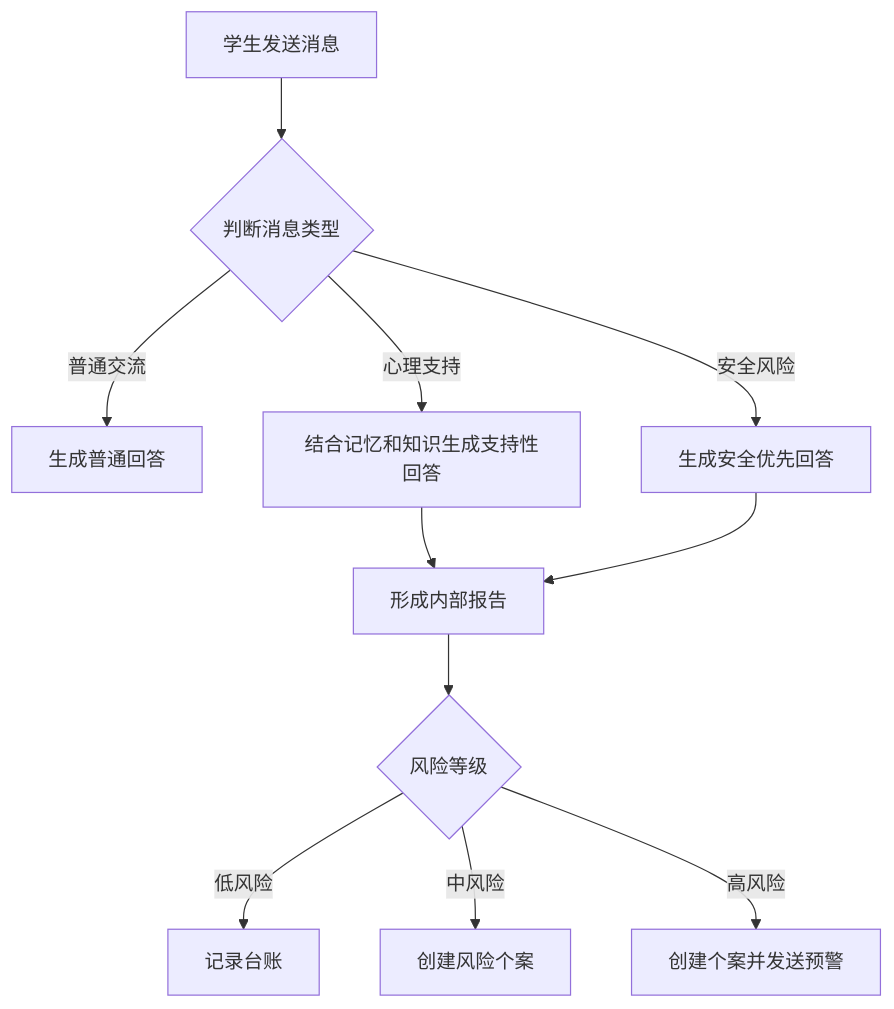
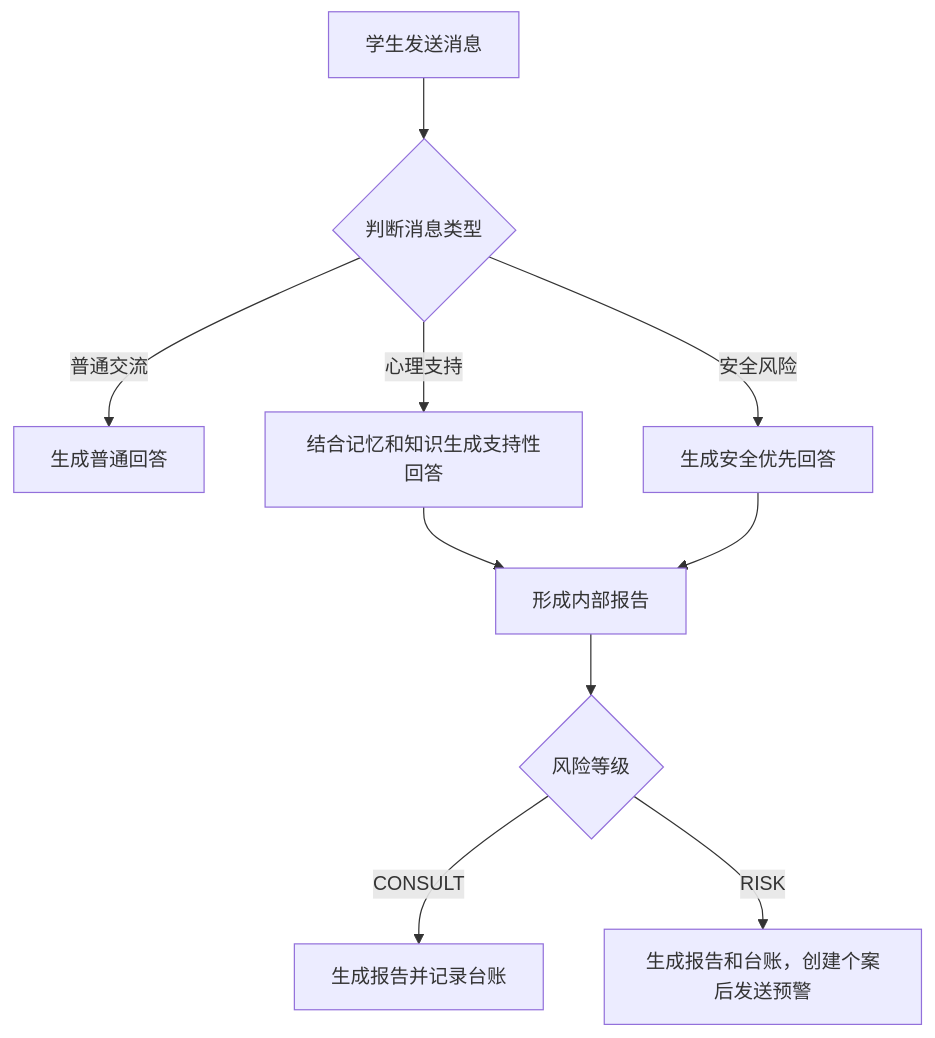
One commit to zlff003/MindNook changed the diagram in docs/PRD.md. Above: the diagram before and after it, drawn with Mermaid. The commit also changed other lines of this file and 90 other files, not shown here.

````diff
--- a/docs/PRD.md
+++ b/docs/PRD.md
@@ -94,13 +94,12 @@
 ```mermaid
 flowchart TD
     A[学生发送消息] --> B{判断消息类型}
     B -->|普通交流| C[生成普通回答]
     B -->|心理支持| D[结合记忆和知识生成支持性回答]
     B -->|安全风险| E[生成安全优先回答]
     D --> F[形成内部报告]
     E --> F
     F --> G{风险等级}
-    G -->|低风险| H[记录台账]
-    G -->|中风险| I[创建风险个案]
-    G -->|高风险| J[创建个案并发送预警]
+    G -->|CONSULT| H[生成报告并记录台账]
+    G -->|RISK| J[生成报告和台账，创建个案后发送预警]
 ```
````
